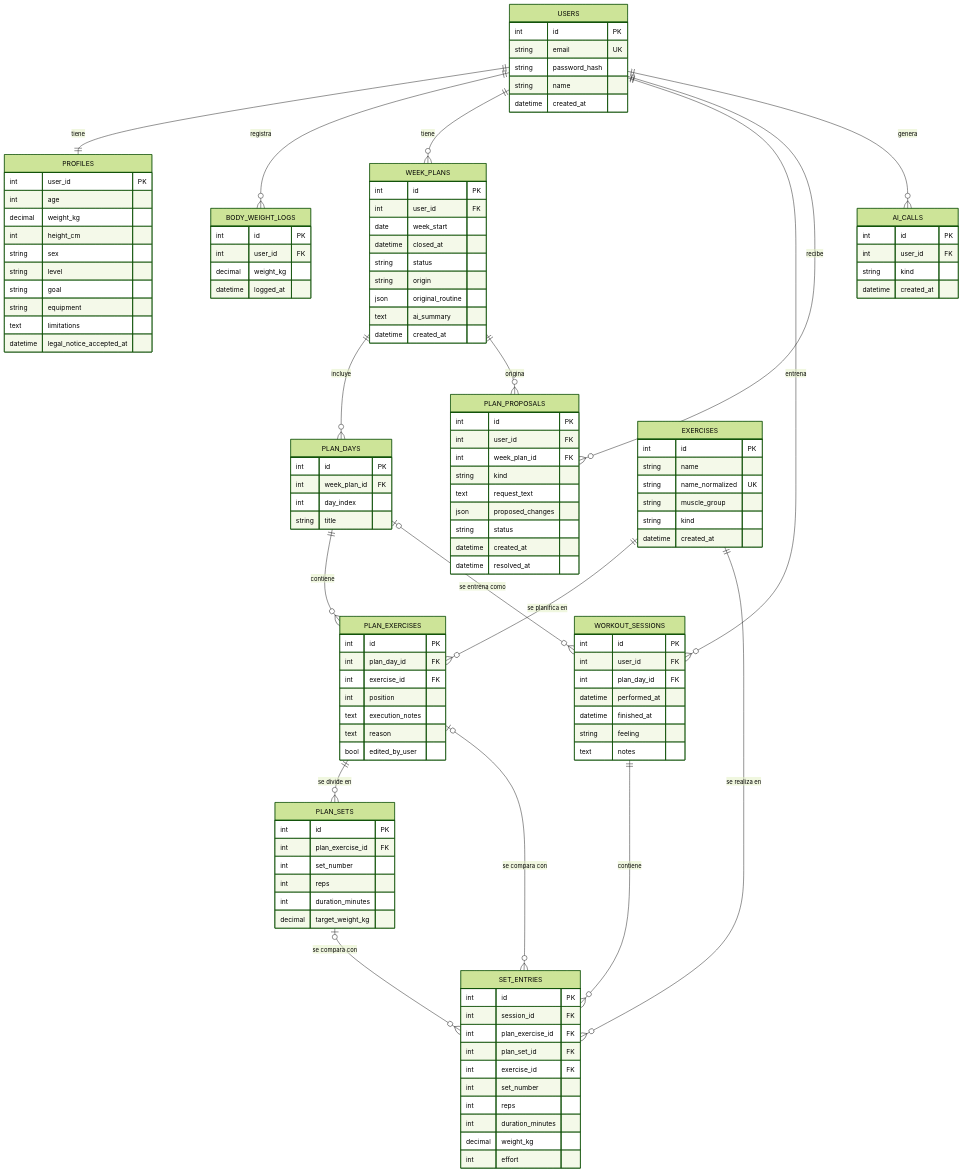
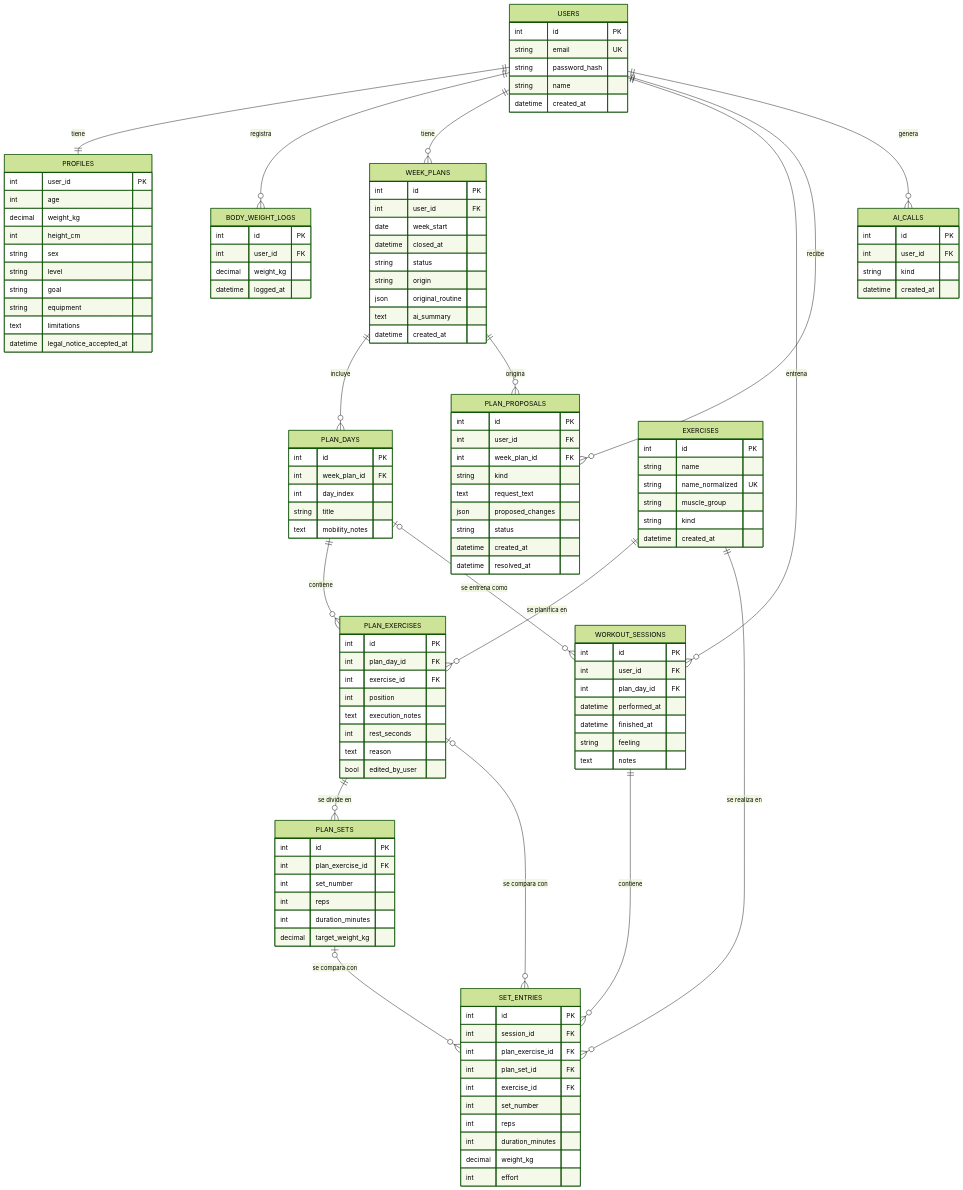
The diagram in docs/modelo-datos.md (Chogarn/Spotter), drawn with Mermaid (forest theme) before and after one commit. The commit also changed other lines of this file and 3 other files, not shown here.

```diff
--- a/docs/modelo-datos.md
+++ b/docs/modelo-datos.md
@@ -87,6 +88,7 @@
         int week_plan_id FK
         int day_index
         string title
+        text mobility_notes
     }
     PLAN_EXERCISES {
         int id PK
@@ -94,6 +96,7 @@
         int exercise_id FK
         int position
         text execution_notes
+        int rest_seconds
         text reason
         bool edited_by_user
     }
```
